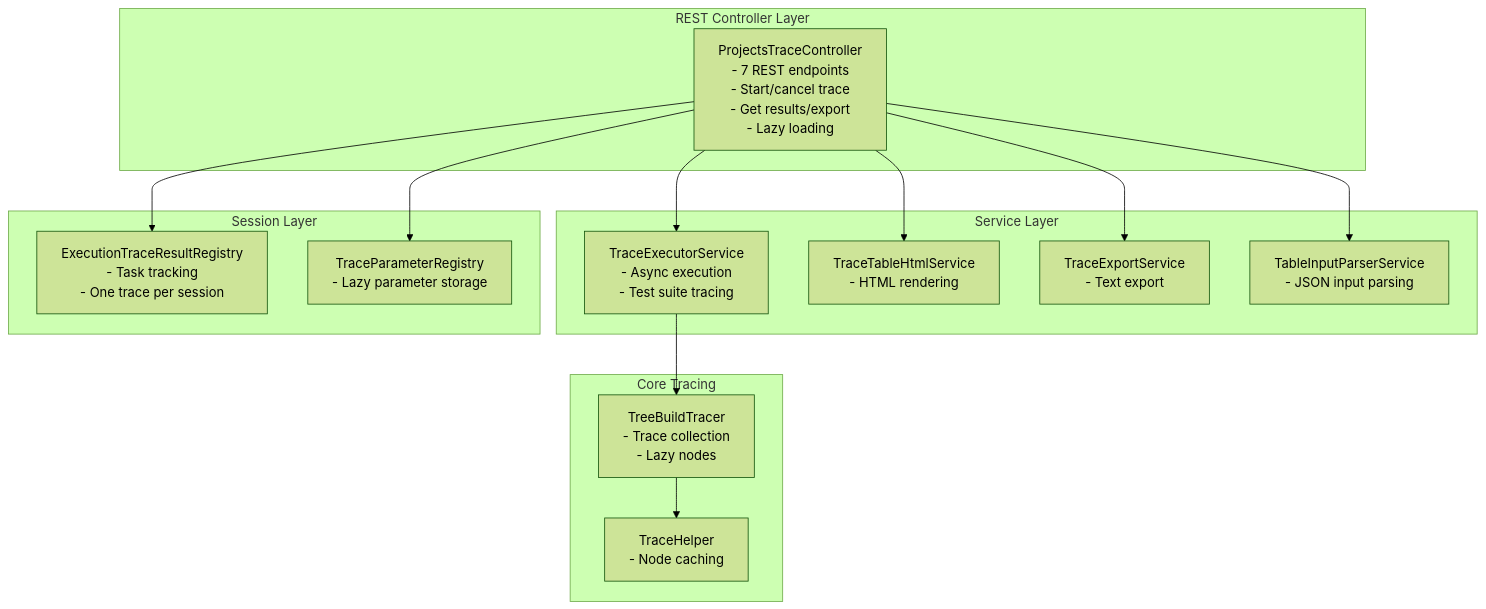
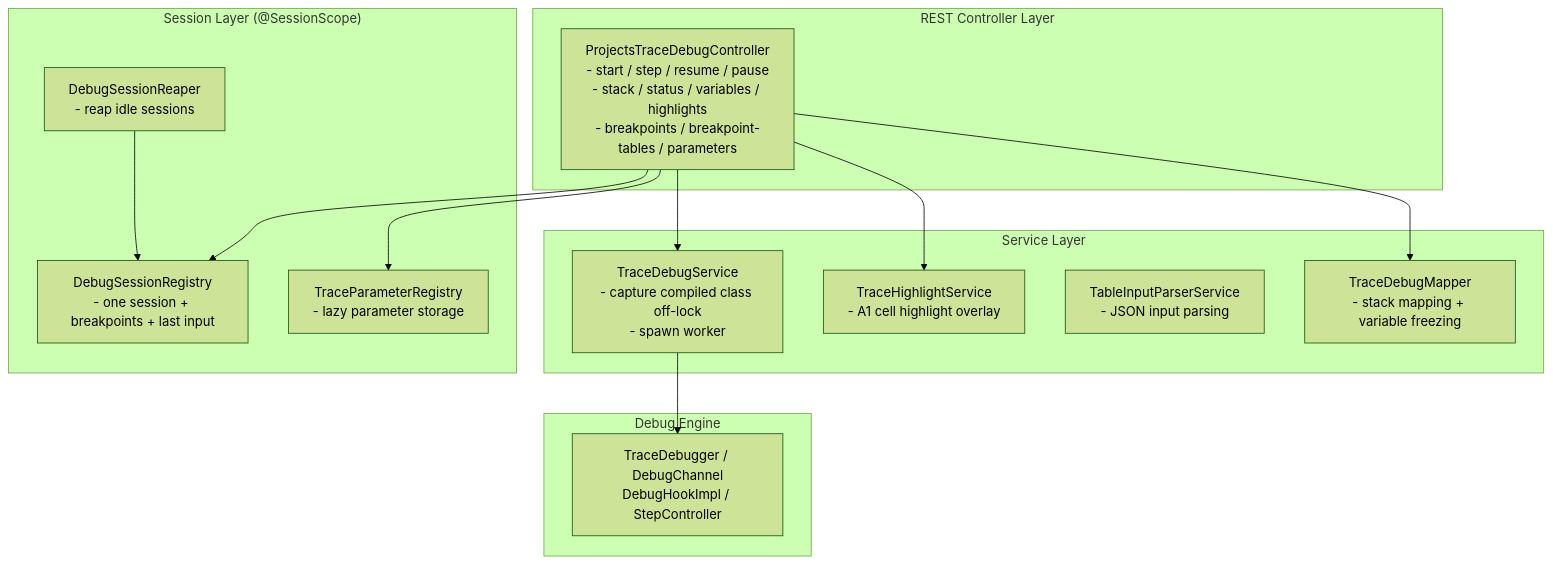
One commit to openl-tablets/openl-tablets changed the first of 2 diagrams in Docs/api/projects-trace-api.md. Above: the diagram before and after it, drawn with Mermaid (forest theme). The commit also changed other lines of this file and 356 other files, not shown here.

First line of the commit message:
EPBDS-16195 Rework Trace into an interactive step debugger

````diff
--- a/Docs/api/projects-trace-api.md
+++ b/Docs/api/projects-trace-api.md
@@ -45,32 +66,27 @@
-``` mermaid
+```mermaid
 flowchart TB
     subgraph REST["REST Controller Layer"]
-        C[ProjectsTraceController<br/>- 7 REST endpoints<br/>- Start/cancel trace<br/>- Get results/export<br/>- Lazy loading]
+        C["ProjectsTraceDebugController<br/>- start / step / resume / pause<br/>- stack / status / variables / highlights<br/>- breakpoints / breakpoint-tables / parameters"]
     end
-
     subgraph SERVICE["Service Layer"]
-        S1[TraceExecutorService<br/>- Async execution<br/>- Test suite tracing]
-        S2[TraceTableHtmlService<br/>- HTML rendering]
-        S3[TraceExportService<br/>- Text export]
-        S4[TableInputParserService<br/>- JSON input parsing]
+        S1["TraceDebugService<br/>- capture compiled class off-lock<br/>- spawn worker"]
+        S2["TraceHighlightService<br/>- A1 cell highlight overlay"]
+        S3["TableInputParserService<br/>- JSON input parsing"]
+        M["TraceDebugMapper<br/>- stack mapping + variable freezing"]
     end
-
-    subgraph SESSION["Session Layer"]
-        R1[ExecutionTraceResultRegistry<br/>- Task tracking<br/>- One trace per session]
-        R2[TraceParameterRegistry<br/>- Lazy parameter storage]
+    subgraph SESSION["Session Layer (@SessionScope)"]
+        R1["DebugSessionRegistry<br/>- one session + breakpoints + last input"]
+        R2["TraceParameterRegistry<br/>- lazy parameter storage"]
+        R3["DebugSessionReaper<br/>- reap idle sessions"]
     end
-
-    subgraph CORE["Core Tracing"]
-        T[TreeBuildTracer<br/>- Trace collection<br/>- Lazy nodes]
-        H[TraceHelper<br/>- Node caching]
+    subgraph ENGINE["Debug Engine"]
+        D["TraceDebugger / DebugChannel<br/>DebugHookImpl / StepController"]
     end
-
     C --> S1
     C --> S2
-    C --> S3
-    C --> S4
+    C --> M
     C --> R1
     C --> R2
-    S1 --> T
-    T --> H
+    S1 --> D
+    R3 --> R1
 ```
````
